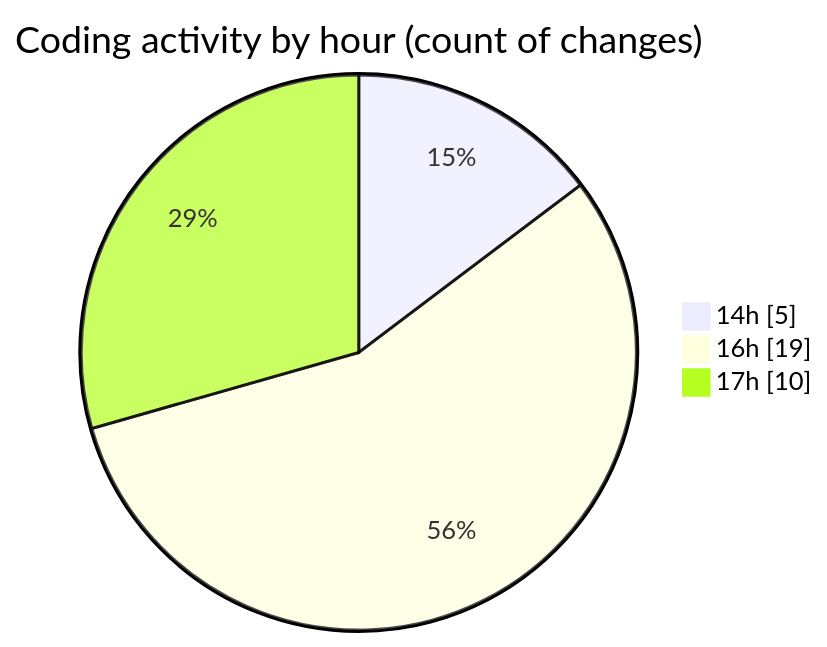
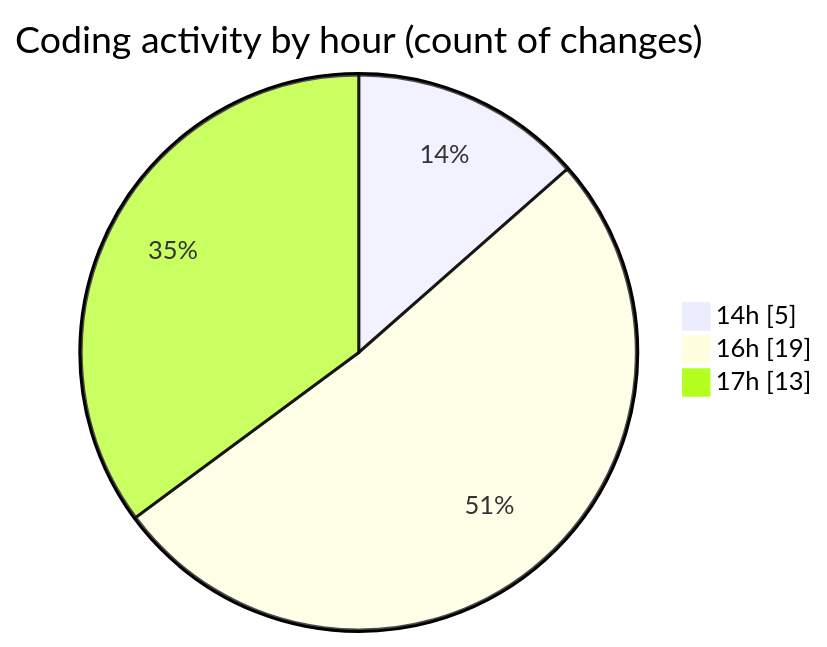
The second of 2 diagrams in 2025-09-22/nxtqube_webapp/README.md (nxtqubesakshisongat/code-tracking), drawn with Mermaid before and after one commit. The commit also changed other lines of this file and 1 other file, not shown here.

````diff
--- a/2025-09-22/nxtqube_webapp/README.md
+++ b/2025-09-22/nxtqube_webapp/README.md
@@ -31,7 +31,7 @@
 ```mermaid
 pie showData
 title Coding activity by hour (count of changes)
 "14h" : 5
 "16h" : 19
-"17h" : 10
+"17h" : 13
 ```
````
